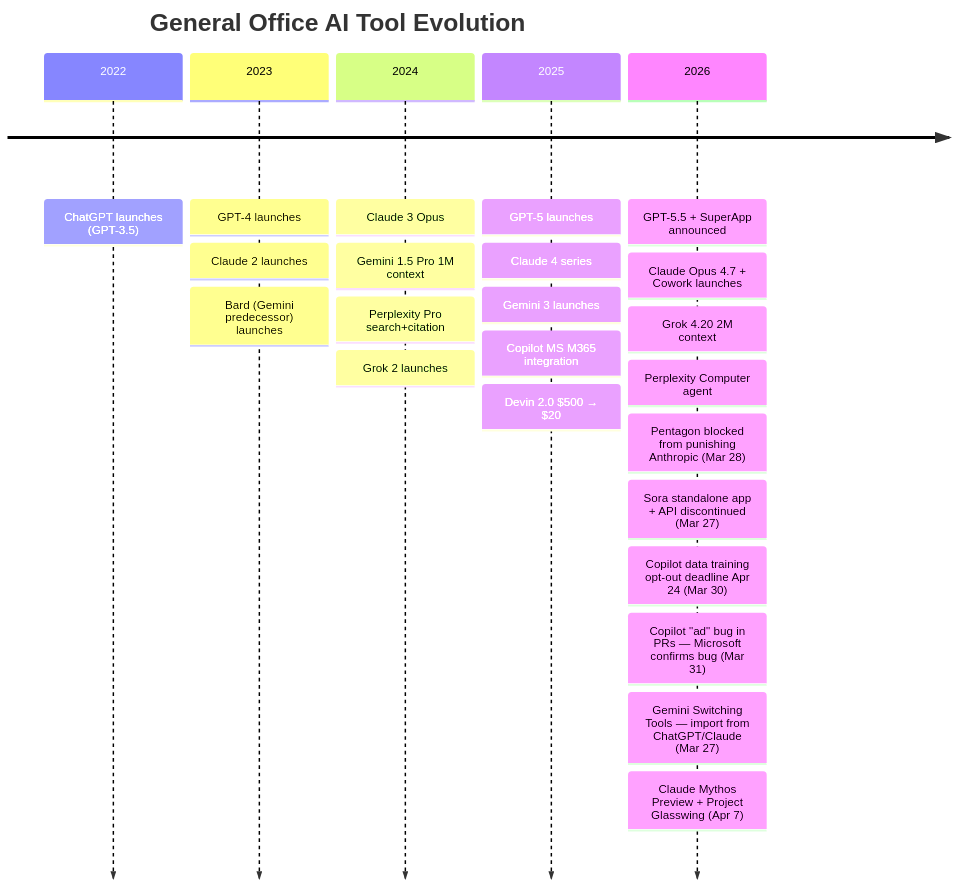
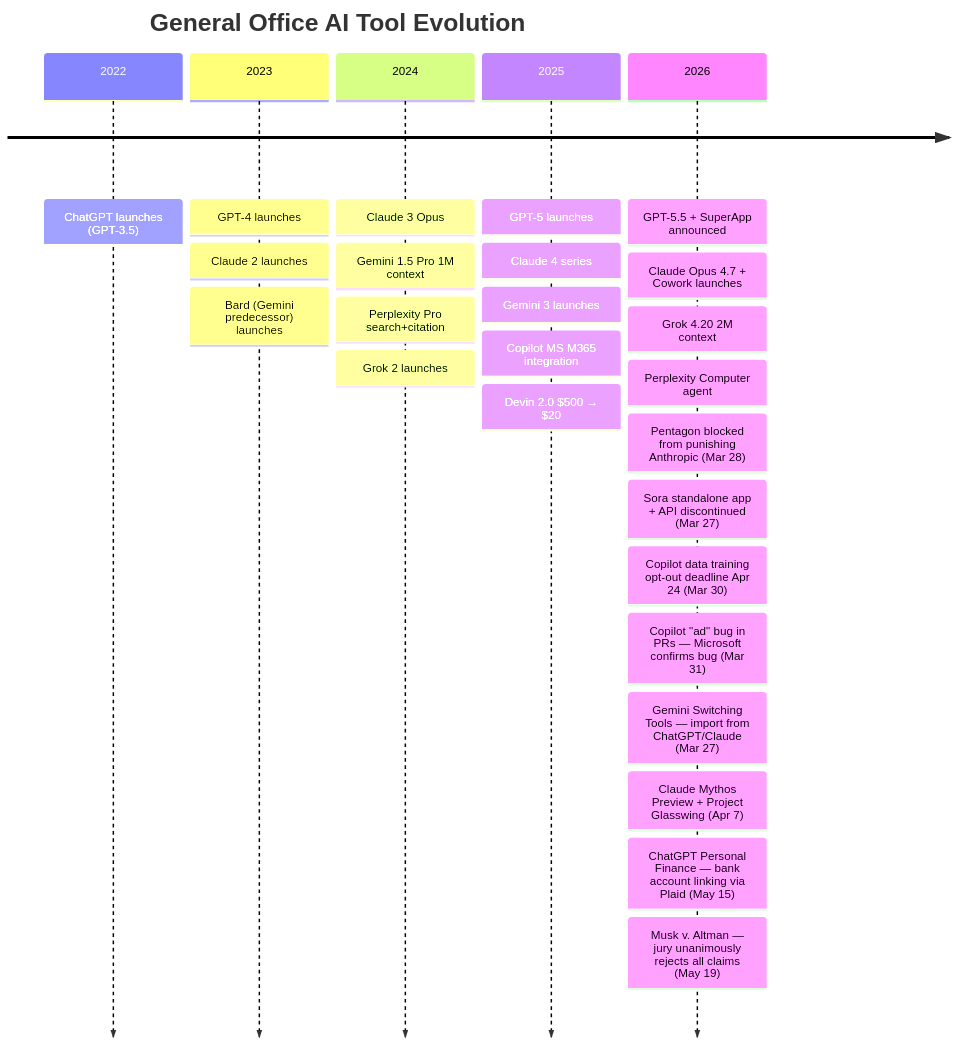
Before and after one commit to tykimos/ai-whatchelin: the tenth of 11 diagrams in README.md, drawn with Mermaid. The commit also changed other lines of this file and 1 other file, not shown here.

````diff
--- a/README.md
+++ b/README.md
@@ -1111,27 +1111,29 @@
 ```mermaid
 timeline
     title General Office AI Tool Evolution
     2022 : ChatGPT launches (GPT-3.5)
     2023 : GPT-4 launches
          : Claude 2 launches
          : Bard (Gemini predecessor) launches
     2024 : Claude 3 Opus
          : Gemini 1.5 Pro 1M context
          : Perplexity Pro search+citation
          : Grok 2 launches
     2025 : GPT-5 launches
          : Claude 4 series
          : Gemini 3 launches
          : Copilot MS M365 integration
          : Devin 2.0 $500 → $20
     2026 : GPT-5.5 + SuperApp announced
          : Claude Opus 4.7 + Cowork launches
          : Grok 4.20 2M context
          : Perplexity Computer agent
          : Pentagon blocked from punishing Anthropic (Mar 28)
          : Sora standalone app + API discontinued (Mar 27)
          : Copilot data training opt-out deadline Apr 24 (Mar 30)
          : Copilot "ad" bug in PRs — Microsoft confirms bug (Mar 31)
          : Gemini Switching Tools — import from ChatGPT/Claude (Mar 27)
          : Claude Mythos Preview + Project Glasswing (Apr 7)
+         : ChatGPT Personal Finance — bank account linking via Plaid (May 15)
+         : Musk v. Altman — jury unanimously rejects all claims (May 19)
 ```
````
